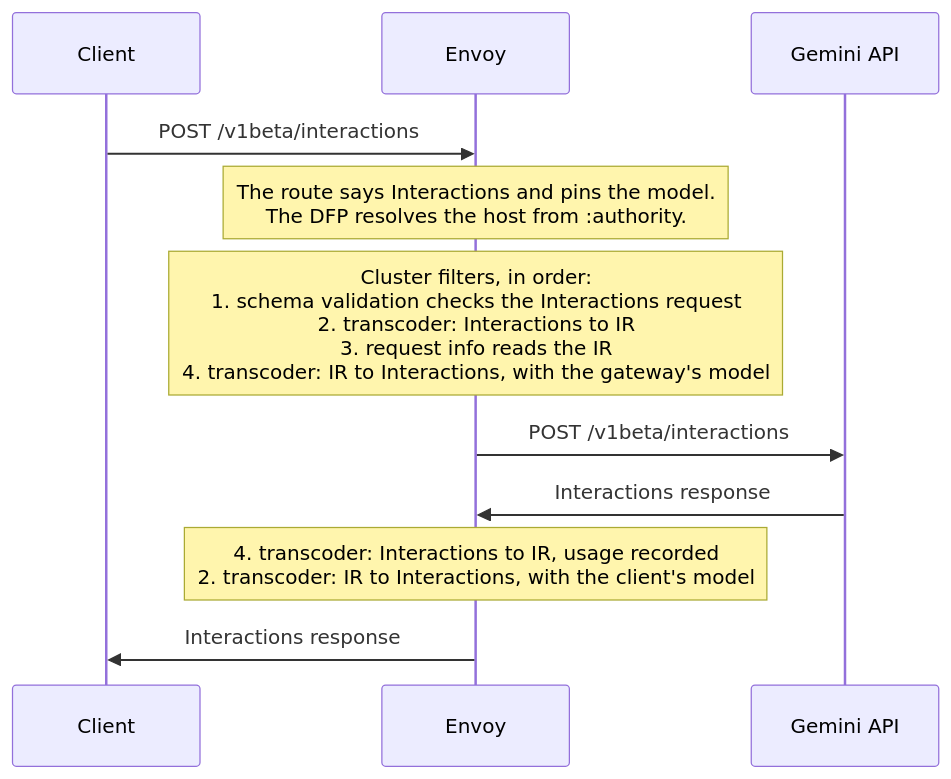
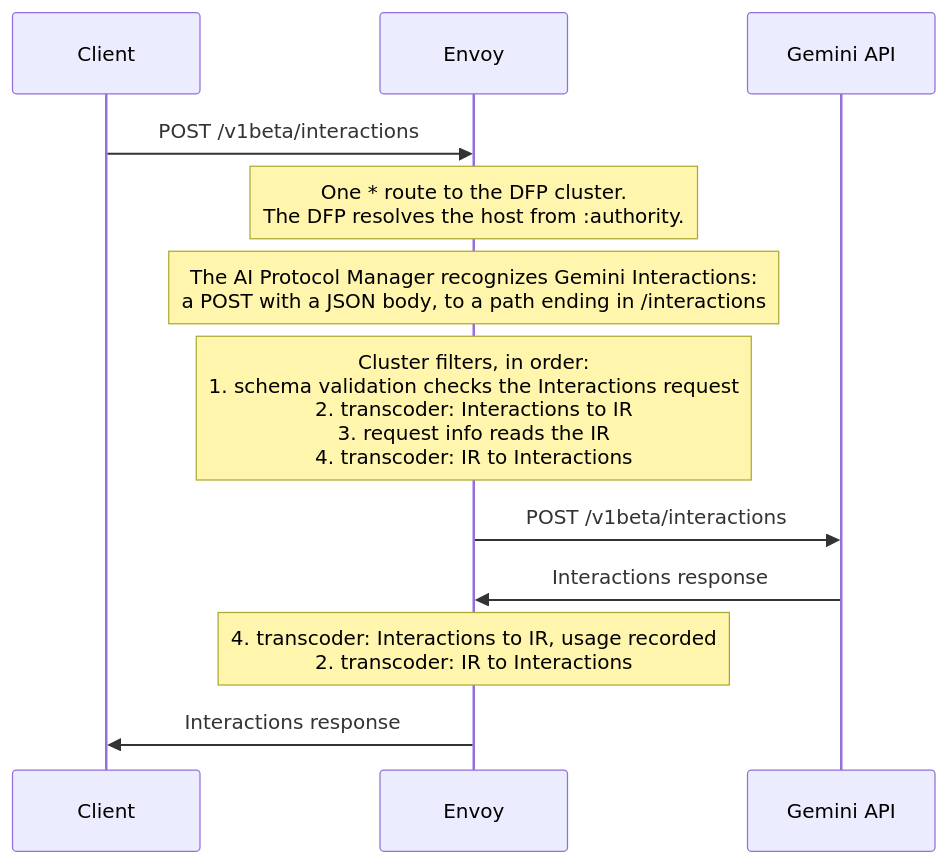
The diagram in source/docs/ai_gemini_interactions.md (botengyao/envoy), drawn with Mermaid before and after one commit. The commit also changed other lines of this file, not shown here.

Commit message:
ai_protocol_manager: recognize AI calls behind a single DFP route

````diff
--- a/source/docs/ai_gemini_interactions.md
+++ b/source/docs/ai_gemini_interactions.md
@@ -151,13 +154,14 @@
 ```mermaid
 sequenceDiagram
     participant C as Client
     participant E as Envoy
     participant G as Gemini API
     C->>E: POST /v1beta/interactions
-    Note over E: The route says Interactions and pins the model.<br/>The DFP resolves the host from :authority.
-    Note over E: Cluster filters, in order:<br/>1. schema validation checks the Interactions request<br/>2. transcoder: Interactions to IR<br/>3. request info reads the IR<br/>4. transcoder: IR to Interactions, with the gateway's model
+    Note over E: One * route to the DFP cluster.<br/>The DFP resolves the host from :authority.
+    Note over E: The AI Protocol Manager recognizes Gemini Interactions:<br/>a POST with a JSON body, to a path ending in /interactions
+    Note over E: Cluster filters, in order:<br/>1. schema validation checks the Interactions request<br/>2. transcoder: Interactions to IR<br/>3. request info reads the IR<br/>4. transcoder: IR to Interactions
     E->>G: POST /v1beta/interactions
     G->>E: Interactions response
-    Note over E: 4. transcoder: Interactions to IR, usage recorded<br/>2. transcoder: IR to Interactions, with the client's model
+    Note over E: 4. transcoder: Interactions to IR, usage recorded<br/>2. transcoder: IR to Interactions
     E->>C: Interactions response
 ```
````
